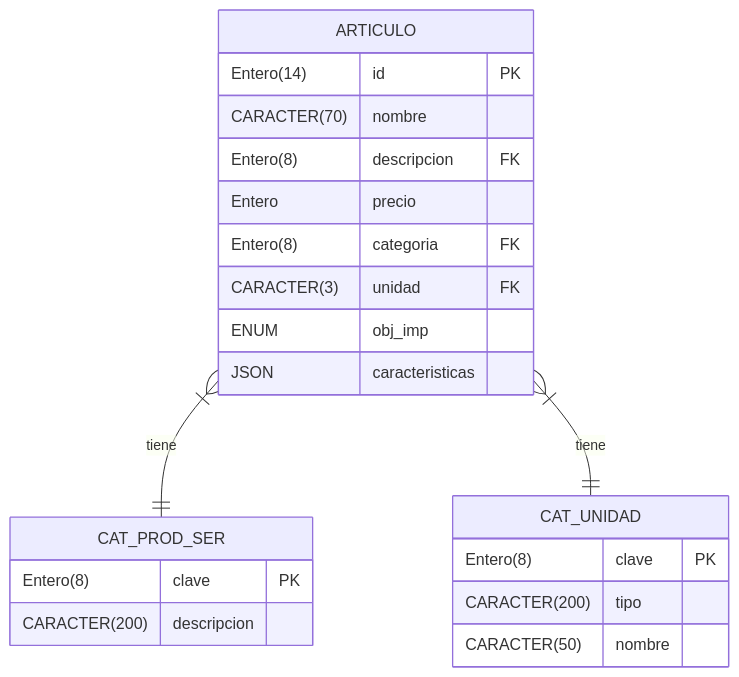
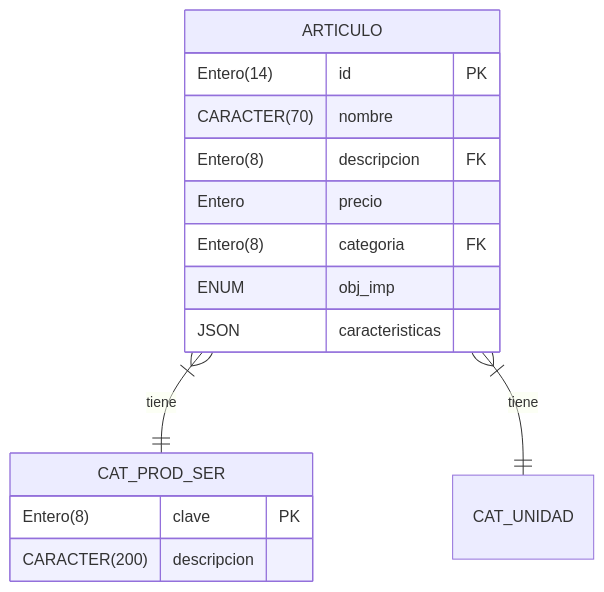
The fourth of 5 diagrams in README.md (Rarity03/docs), drawn with Mermaid before and after one commit. The commit also changed other lines of this file, not shown here.

````diff
--- a/README.md
+++ b/README.md
@@ -235,24 +237,18 @@
 ```mermaid
 erDiagram
 ARTICULO }|--|| CAT_PROD_SER :tiene
 ARTICULO }|--|| CAT_UNIDAD :tiene
 ARTICULO{
     Entero(14) id PK 
     CARACTER(70) nombre
     Entero(8) descripcion FK
     Entero precio
     Entero(8) categoria FK
-    CARACTER(3) unidad FK
     ENUM obj_imp
     JSON caracteristicas
-}
-CAT_UNIDAD{
-    Entero(8) clave PK
-    CARACTER(200) tipo
-    CARACTER(50) nombre
 }
 CAT_PROD_SER{
     Entero(8) clave PK
     CARACTER(200) descripcion
 }
 ```
````
